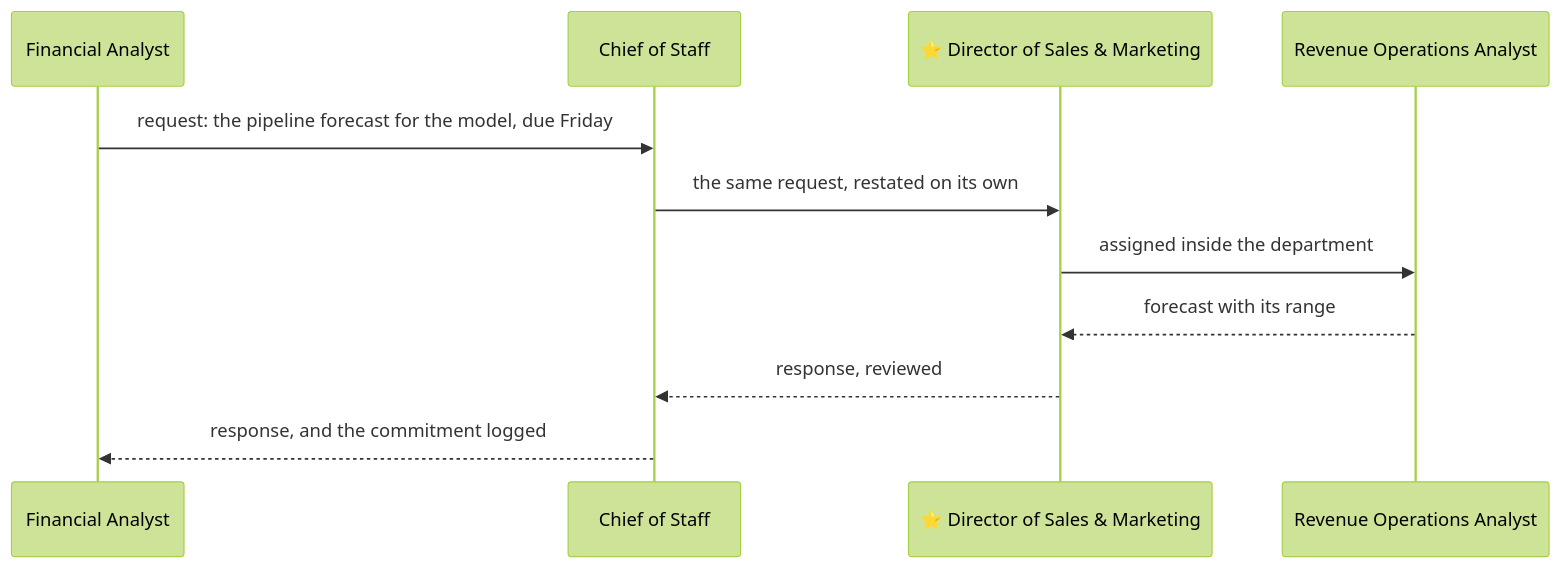
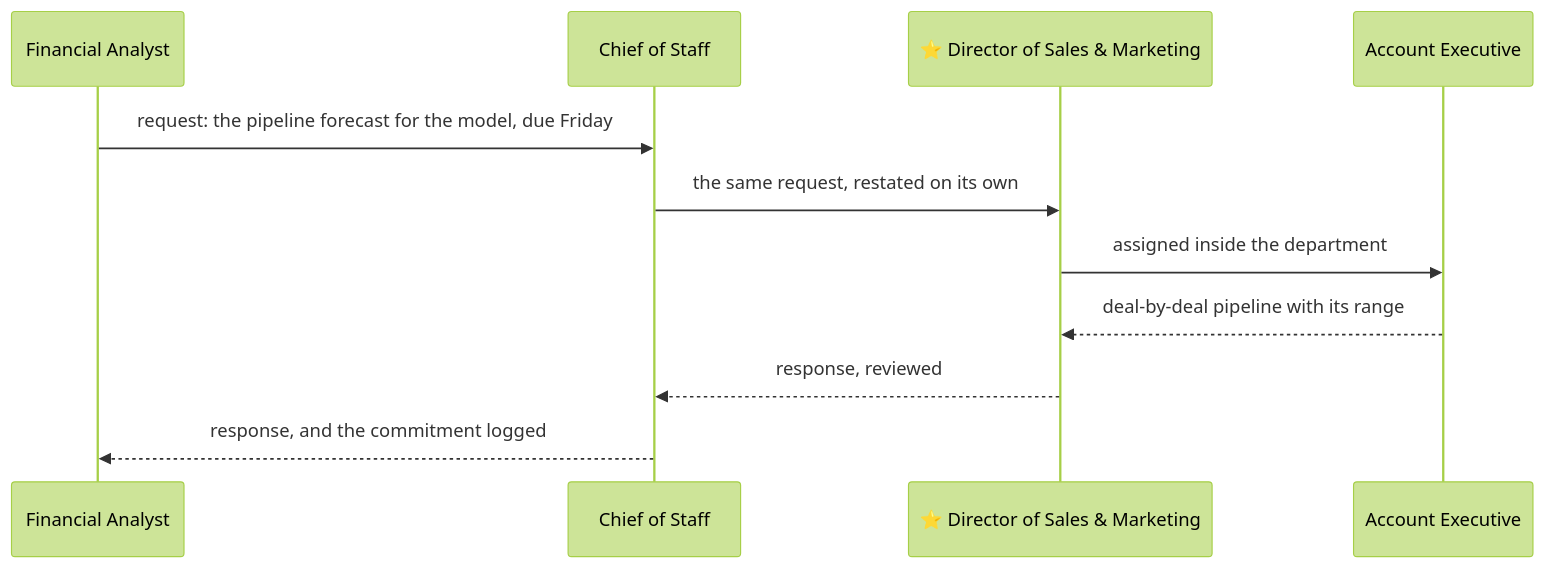
The second of 2 diagrams in docs/technical/The-Workforce.md (tannergolden/intelligence), drawn with Mermaid (forest theme) before and after one commit. The commit also changed other lines of this file and 109 other files, not shown here.

````diff
--- a/docs/technical/The-Workforce.md
+++ b/docs/technical/The-Workforce.md
@@ -285,13 +373,13 @@
 ```mermaid
 sequenceDiagram
     participant FA as Financial Analyst
     participant CoS as Chief of Staff
     participant DS as ⭐ Director of Sales & Marketing
-    participant RO as Revenue Operations Analyst
+    participant AE as Account Executive
     FA->>CoS: request: the pipeline forecast for the model, due Friday
     CoS->>DS: the same request, restated on its own
-    DS->>RO: assigned inside the department
-    RO-->>DS: forecast with its range
+    DS->>AE: assigned inside the department
+    AE-->>DS: deal-by-deal pipeline with its range
     DS-->>CoS: response, reviewed
     CoS-->>FA: response, and the commitment logged
 ```
````
